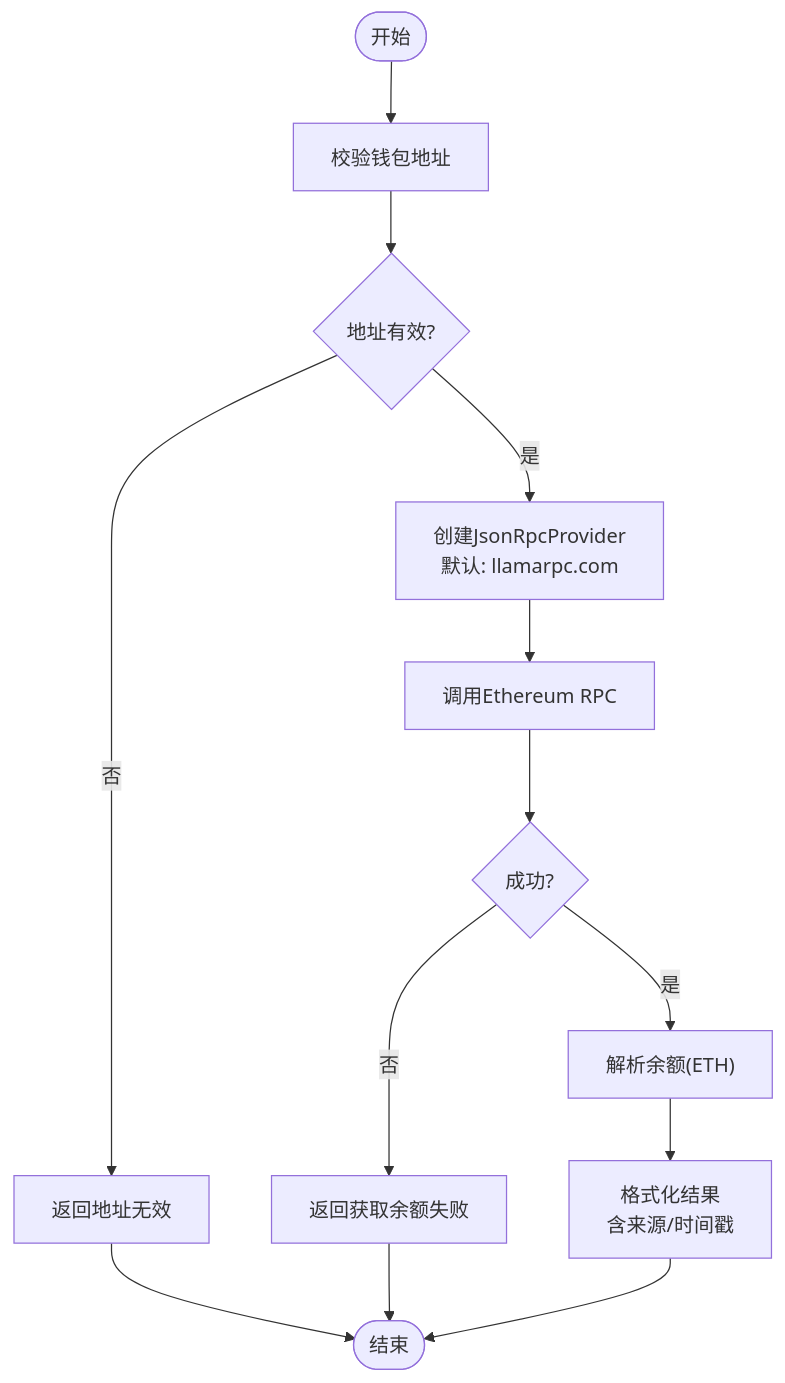
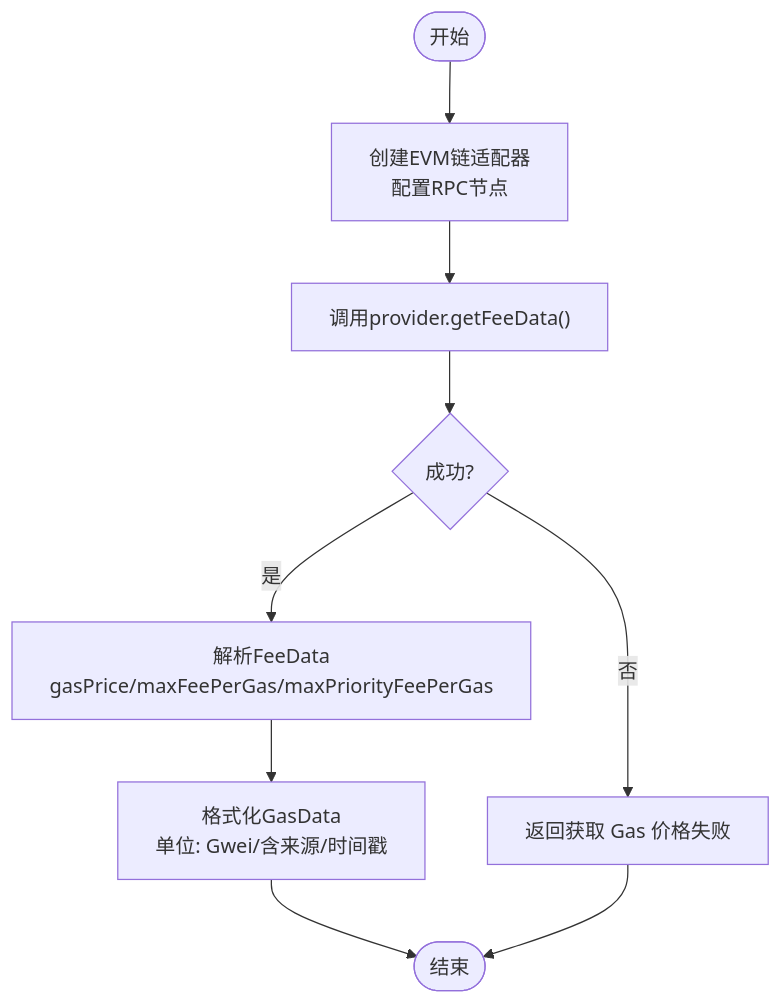
Before and after one commit to CryptoLinxu/Web3-AI-Agent: the fifth of 7 diagrams in .qoder/repowiki/zh/content/Web3工具集成/Web3工具集成.md, drawn with Mermaid. The commit also changed other lines of this file and 9 other files, not shown here.

````diff
--- a/.qoder/repowiki/zh/content/Web3工具集成/Web3工具集成.md
+++ b/.qoder/repowiki/zh/content/Web3工具集成/Web3工具集成.md
@@ -243,15 +291,11 @@
 ```mermaid
 flowchart TD
-Start(["开始"]) --> CheckAddr["校验钱包地址"]
-CheckAddr --> AddrOk{"地址有效?"}
-AddrOk --> |否| ErrAddr["返回地址无效"]
-AddrOk --> |是| CreateProvider["创建JsonRpcProvider<br/>默认: llamarpc.com"]
-CreateProvider --> CallRPC["调用Ethereum RPC"]
-CallRPC --> RpcOk{"成功?"}
-RpcOk --> |否| ErrRpc["返回获取余额失败"]
-RpcOk --> |是| Parse["解析余额(ETH)"]
-Parse --> Format["格式化结果<br/>含来源/时间戳"]
+Start(["开始"]) --> CreateAdapter["创建EVM链适配器<br/>配置RPC节点"]
+CreateAdapter --> GetFee["调用provider.getFeeData()"]
+GetFee --> FeeOk{"成功?"}
+FeeOk --> |否| ErrFee["返回获取 Gas 价格失败"]
+FeeOk --> |是| Parse["解析FeeData<br/>gasPrice/maxFeePerGas/maxPriorityFeePerGas"]
+Parse --> Format["格式化GasData<br/>单位: Gwei/含来源/时间戳"]
 Format --> Done(["结束"])
-ErrAddr --> Done
-ErrRpc --> Done
+ErrFee --> Done
 ```
````
